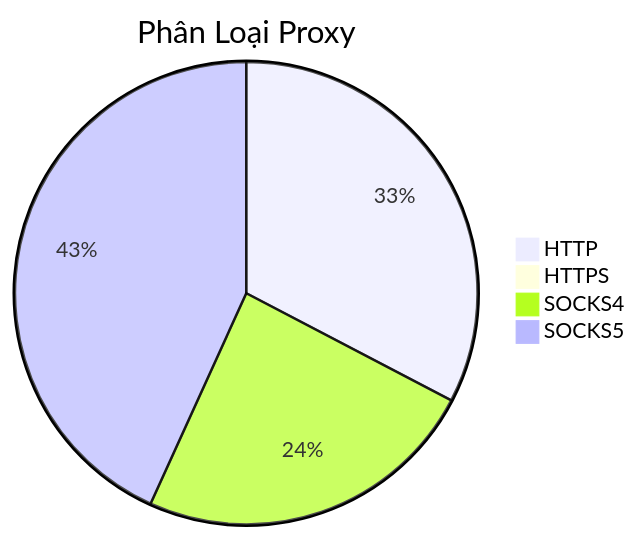
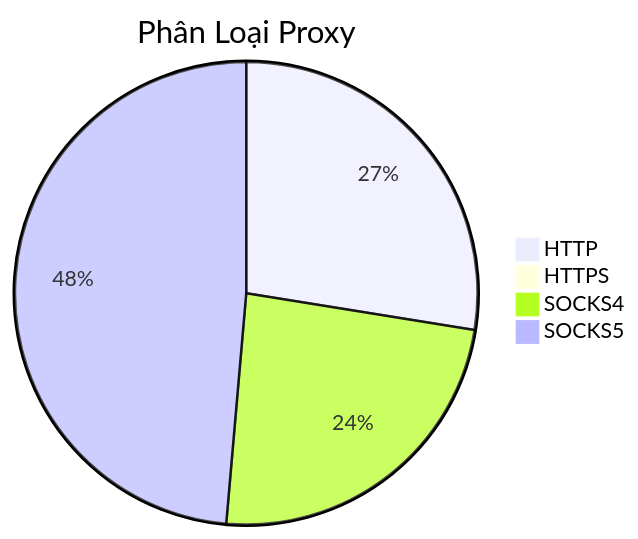
Before and after one commit to Ciara-12/PROXY-free: the diagram in README.md, drawn with Mermaid. The commit also changed other lines of this file and 4 other files, not shown here.

````diff
--- a/README.md
+++ b/README.md
@@ -26,7 +26,7 @@
 ```mermaid
 pie title Phân Loại Proxy
-    "HTTP" : 440
-    "HTTPS" : 2
-    "SOCKS4" : 325
-    "SOCKS5" : 582
+    "HTTP" : 409
+    "HTTPS" : 5
+    "SOCKS4" : 354
+    "SOCKS5" : 722
 ```
````
